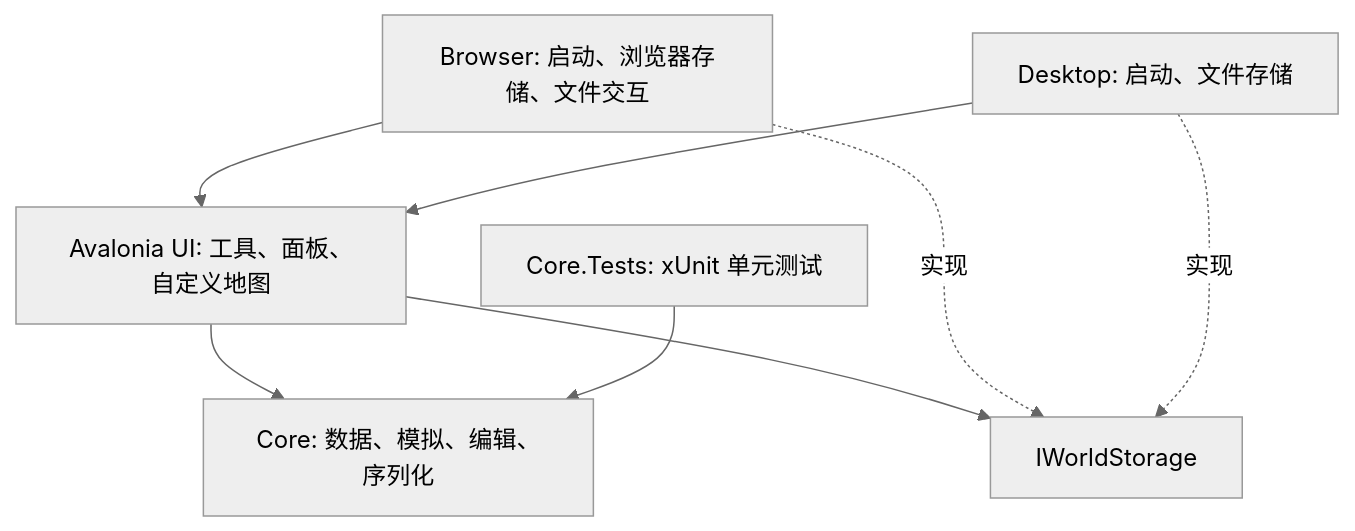
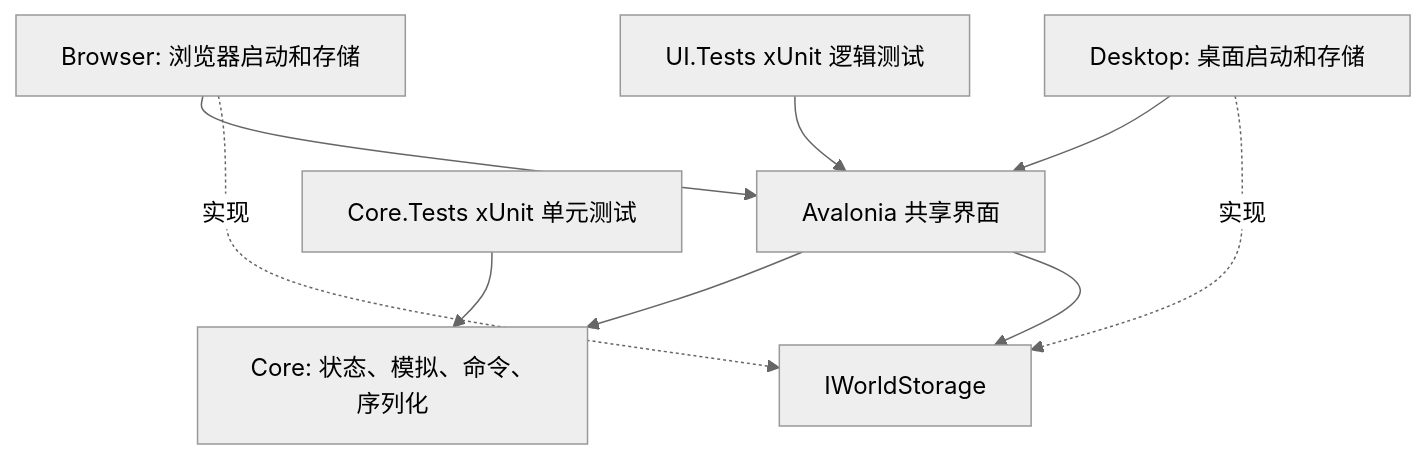
One commit to SeWZC-AI/SeWZC.SandboxGame changed the diagram in docs/architecture.md. Above: the diagram before and after it, drawn with Mermaid (neutral theme). The commit also changed other lines of this file and 43 other files, not shown here.

````diff
--- a/docs/architecture.md
+++ b/docs/architecture.md
@@ -13,10 +7,11 @@
 ```mermaid
 flowchart TD
-    Browser[Browser: 启动、浏览器存储、文件交互] --> UI[Avalonia UI: 工具、面板、自定义地图]
-    Desktop[Desktop: 启动、文件存储] --> UI
-    UI --> Core[Core: 数据、模拟、编辑、序列化]
-    Tests[Core.Tests: xUnit 单元测试] --> Core
+    Browser[Browser: 浏览器启动和存储] --> UI[Avalonia 共享界面]
+    Desktop[Desktop: 桌面启动和存储] --> UI
+    UI --> Core[Core: 状态、模拟、命令、序列化]
     UI --> Storage[IWorldStorage]
     Browser -. 实现 .-> Storage
     Desktop -. 实现 .-> Storage
+    CoreTests[Core.Tests xUnit 单元测试] --> Core
+    UITests[UI.Tests xUnit 逻辑测试] --> UI
 ```
````
